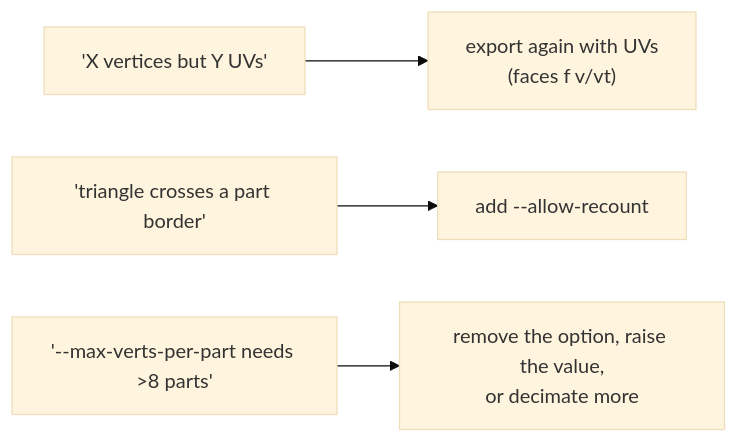
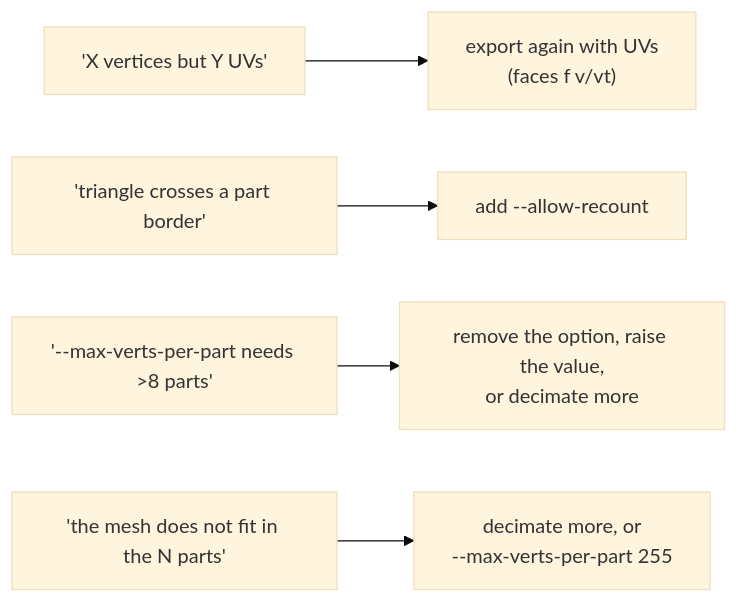
Before and after one commit to FVitor7/wepes3d: the second of 3 diagrams in docs/07-debugging-guide.md, drawn with Mermaid (base theme). The commit also changed other lines of this file and 10 other files, not shown here.

First line of the commit message:
Make the vertex limit per part a hard limit (Bug 16)

````diff
--- a/docs/07-debugging-guide.md
+++ b/docs/07-debugging-guide.md
@@ -115,6 +115,7 @@
 ```mermaid
 flowchart LR
     E1["'X vertices but Y UVs'"] --> F1["export again with UVs<br/>(faces f v/vt)"]
     E2["'triangle crosses a part border'"] --> F2["add --allow-recount"]
     E3["'--max-verts-per-part needs >8 parts'"] --> F3["remove the option, raise the value,<br/>or decimate more"]
+    E4["'the mesh does not fit in the N parts'"] --> F4["decimate more, or<br/>--max-verts-per-part 255"]
 ```
````
